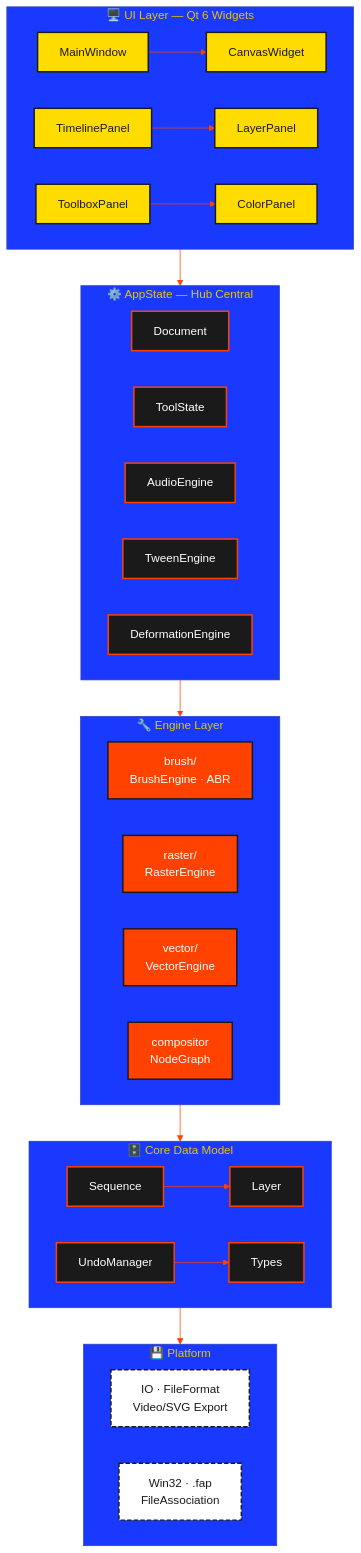
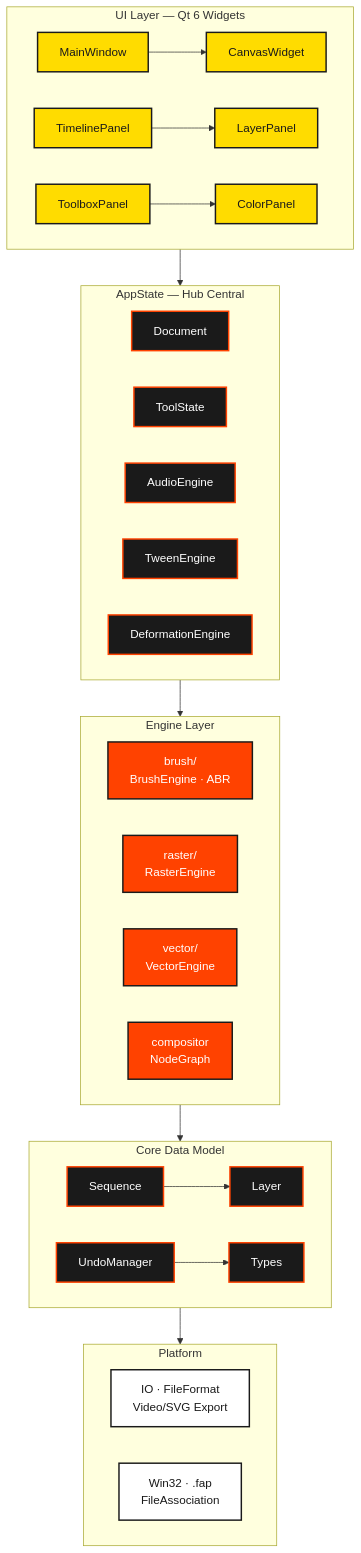
The first of 3 diagrams in README.md (freeanimationpower/FreeAnimationPower), drawn with Mermaid before and after one commit. The commit also changed other lines of this file, not shown here.

Commit message:
Fix mermaid syntax for GitHub renderer

````diff
--- a/README.md
+++ b/README.md
@@ -160,46 +160,45 @@
 ```mermaid
 flowchart TB
-%%{init: {'theme': 'base', 'themeVariables': {'primaryColor': '#ffdc00', 'primaryBorderColor': '#1a1a1a', 'primaryTextColor': '#1a1a1a', 'lineColor': '#ff4200', 'fontFamily': 'Segoe UI'}}}%%
     classDef ui fill:#ffdc00,stroke:#1a1a1a,color:#1a1a1a,stroke-width:2px;
     classDef engine fill:#ff4200,stroke:#1a1a1a,color:#ffffff,stroke-width:2px;
     classDef data fill:#1a1a1a,stroke:#ff4200,color:#ffffff,stroke-width:2px;
-    classDef ext fill:#ffffff,stroke:#1a1a1a,color:#1a1a1a,stroke-width:2px,stroke-dasharray:6 3;
-        subgraph UI["🖥️ UI Layer — Qt 6 Widgets"]
+    classDef ext fill:#ffffff,stroke:#1a1a1a,color:#1a1a1a,stroke-width:2px;
+        subgraph UI["UI Layer — Qt 6 Widgets"]
             direction LR
             MW["MainWindow"] --> CW["CanvasWidget"]
             TP["TimelinePanel"] --> LP["LayerPanel"]
             TB["ToolboxPanel"] --> CP["ColorPanel"]
         end
-        subgraph APP["⚙️ AppState — Hub Central"]
+        subgraph APP["AppState — Hub Central"]
             DOC["Document"]
             TST["ToolState"]
             AUD["AudioEngine"]
             TWN["TweenEngine"]
             DEF["DeformationEngine"]
         end
-        subgraph ENG["🔧 Engine Layer"]
+        subgraph ENG["Engine Layer"]
             direction LR
             BRS["brush/<br/>BrushEngine · ABR"]
             RST["raster/<br/>RasterEngine"]
             VCT["vector/<br/>VectorEngine"]
             CMP["compositor<br/>NodeGraph"]
         end
-        subgraph CORE["🗄️ Core Data Model"]
+        subgraph CORE["Core Data Model"]
             direction LR
             SEQ["Sequence"] --> LYR["Layer"]
             UND["UndoManager"] --> TYP["Types"]
         end
-        subgraph PLT["💾 Platform"]
+        subgraph PLT["Platform"]
             IO["IO · FileFormat<br/>Video/SVG Export"]
             WIN["Win32 · .fap<br/>FileAssociation"]
         end
         UI --> APP
         APP --> ENG
         ENG --> CORE
         CORE --> PLT
         class MW,CW,TP,LP,TB,CP ui
         class DOC,TST,AUD,TWN,DEF data
         class BRS,RST,VCT,CMP engine
         class SEQ,LYR,UND,TYP data
         class IO,WIN ext
 ```
````
